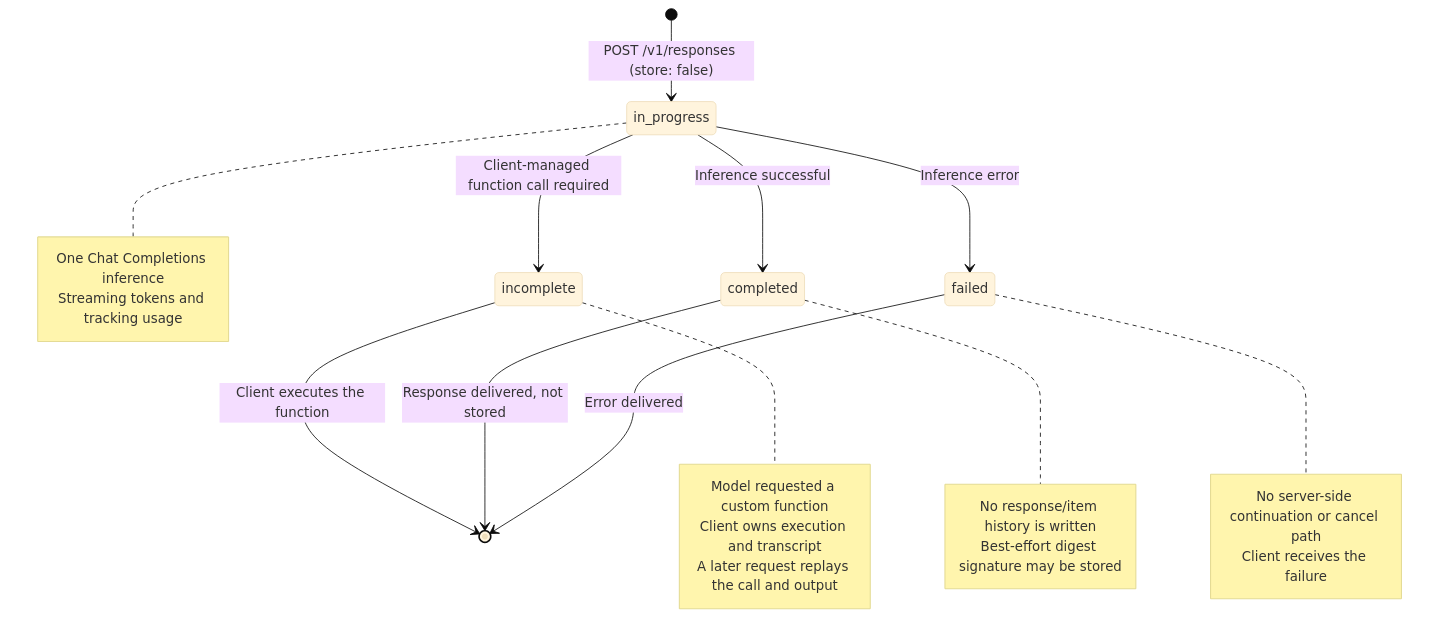
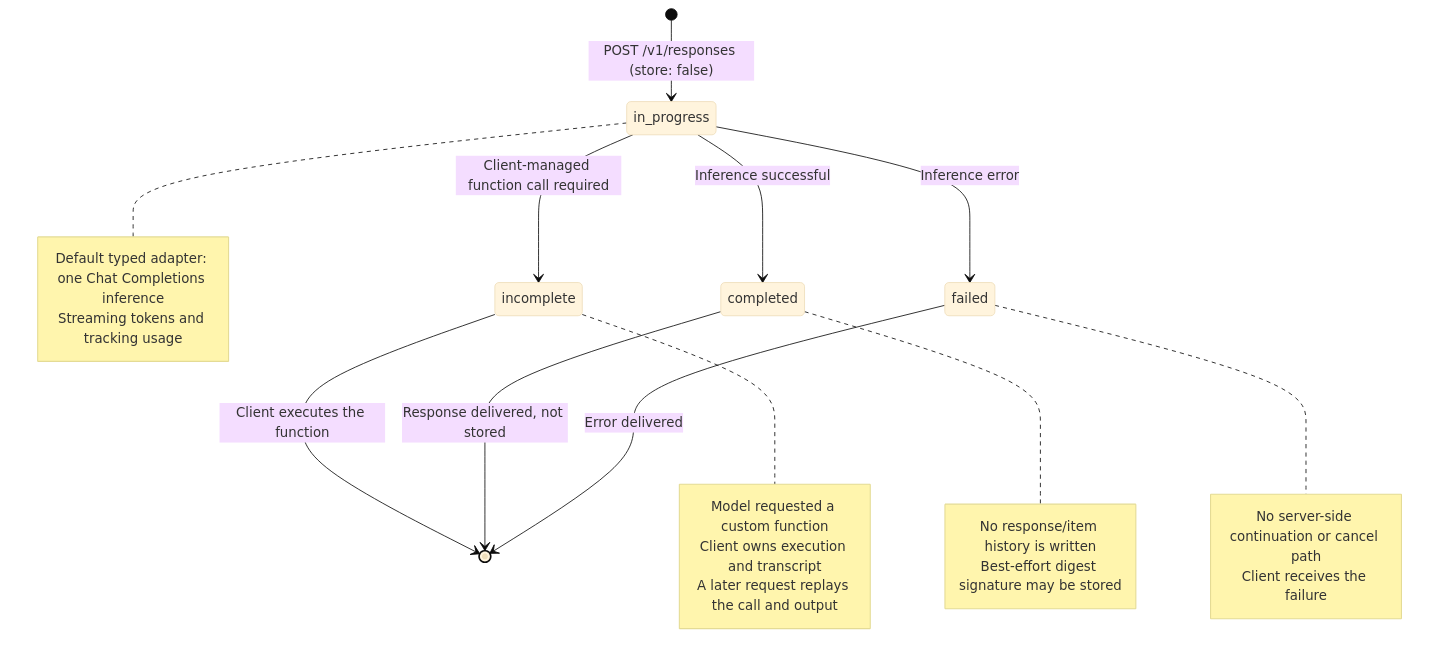
Before and after one commit to nearai/cloud-api: diagram 12 of 16 in docs/architecture/c4-diagrams.md, drawn with Mermaid (base theme). The commit also changed other lines of this file and 12 other files, not shown here.

````diff
--- a/docs/architecture/c4-diagrams.md
+++ b/docs/architecture/c4-diagrams.md
@@ -770,34 +777,34 @@
 ```mermaid
 stateDiagram-v2
     [*] --> in_progress: POST /v1/responses (store: false)
 
     in_progress --> completed: Inference successful
     in_progress --> incomplete: Client-managed function call required
     in_progress --> failed: Inference error
 
     incomplete --> [*]: Client executes the function
 
     completed --> [*]: Response delivered, not stored
     failed --> [*]: Error delivered
 
     note right of in_progress
-        One Chat Completions inference
+        Default typed adapter: one Chat Completions inference
         Streaming tokens and tracking usage
     end note
 
     note right of incomplete
         Model requested a custom function
         Client owns execution and transcript
         A later request replays the call and output
     end note
 
     note right of completed
         No response/item history is written
         Best-effort digest signature may be stored
     end note
 
     note right of failed
         No server-side continuation or cancel path
         Client receives the failure
     end note
 ```
````
